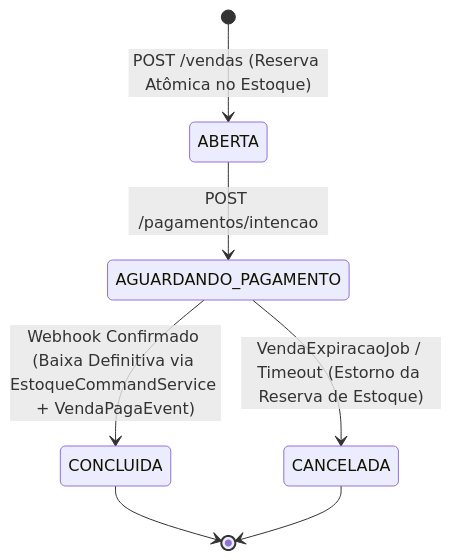
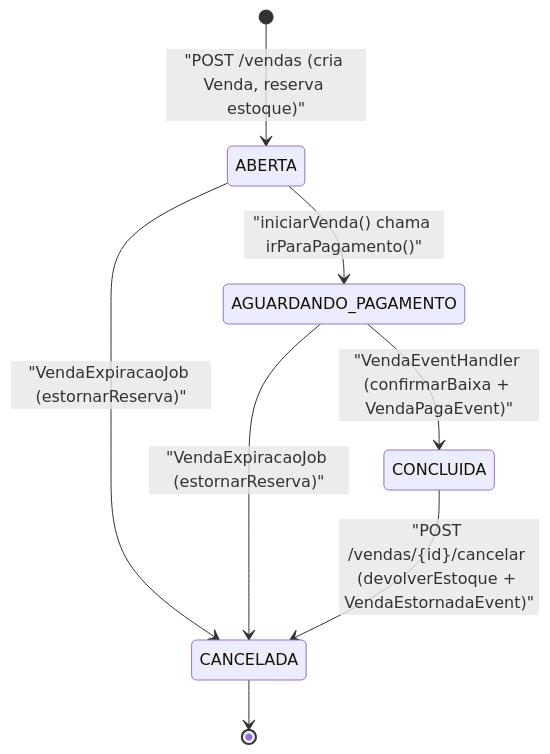
One commit to iXDGabrielTK/petshop-microservices changed the first of 4 diagrams in docs/domains/checkout.md. Above: the diagram before and after it, drawn with Mermaid. The commit also changed other lines of this file and 59 other files, not shown here.

````diff
--- a/docs/domains/checkout.md
+++ b/docs/domains/checkout.md
@@ -24,11 +32,13 @@
 ```mermaid
 stateDiagram-v2
-    [*] --> ABERTA: POST /vendas (Reserva Atômica no Estoque)
-    ABERTA --> AGUARDANDO_PAGAMENTO: POST /pagamentos/intencao
-    
-    AGUARDANDO_PAGAMENTO --> CONCLUIDA: Webhook Confirmado (Baixa Definitiva via EstoqueCommandService + VendaPagaEvent)
-    AGUARDANDO_PAGAMENTO --> CANCELADA: VendaExpiracaoJob / Timeout (Estorno da Reserva de Estoque)
-    
-    CONCLUIDA --> [*]
+    [*] --> ABERTA: "POST /vendas (cria Venda, reserva estoque)"
+    ABERTA --> AGUARDANDO_PAGAMENTO: "iniciarVenda() chama irParaPagamento()"
+    ABERTA --> CANCELADA: "VendaExpiracaoJob (estornarReserva)"
+
+    AGUARDANDO_PAGAMENTO --> CONCLUIDA: "VendaEventHandler (confirmarBaixa + VendaPagaEvent)"
+    AGUARDANDO_PAGAMENTO --> CANCELADA: "VendaExpiracaoJob (estornarReserva)"
+
+    CONCLUIDA --> CANCELADA: "POST /vendas/{id}/cancelar (devolverEstoque + VendaEstornadaEvent)"
+
     CANCELADA --> [*]
 ```
````
